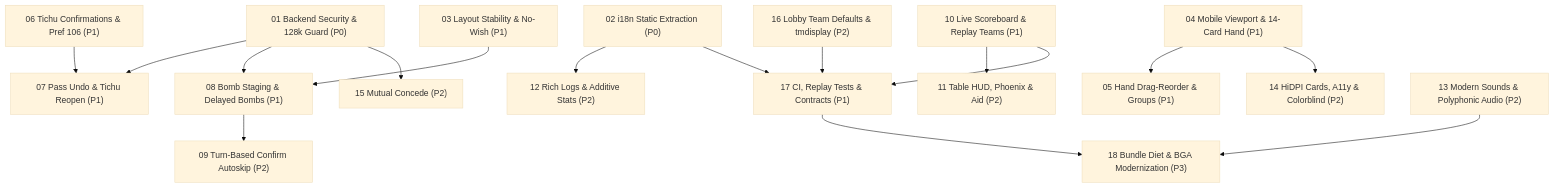
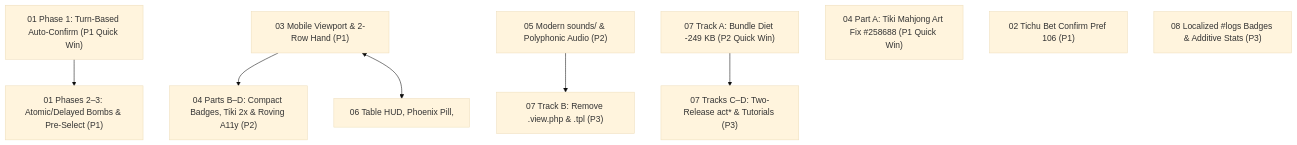
Before and after one commit to bro314/tichu: the diagram in plans/00-roadmap-index.md, drawn with Mermaid (base theme). The commit also changed other lines of this file and 59 other files, not shown here.

First line of the commit message:
feat(mobile): responsive UI overhaul, Square Table default, mobile Tichu confirm, and /mobile preview

````diff
--- a/plans/00-roadmap-index.md
+++ b/plans/00-roadmap-index.md
@@ -23,18 +34,11 @@
 ```mermaid
 flowchart TD
-  P01["01 Backend Security & 128k Guard (P0)"] --> P07["07 Pass Undo & Tichu Reopen (P1)"]
-  P01 --> P08["08 Bomb Staging & Delayed Bombs (P1)"]
-  P01 --> P15["15 Mutual Concede (P2)"]
-  P02["02 i18n Static Extraction (P0)"] --> P12["12 Rich Logs & Additive Stats (P2)"]
-  P02 --> P17["17 CI, Replay Tests & Contracts (P1)"]
-  P17 --> P18["18 Bundle Diet & BGA Modernization (P3)"]
-  P03["03 Layout Stability & No-Wish (P1)"] --> P08
-  P04["04 Mobile Viewport & 14-Card Hand (P1)"] --> P05["05 Hand Drag-Reorder & Groups (P1)"]
-  P04 --> P14["14 HiDPI Cards, A11y & Colorblind (P2)"]
-  P06["06 Tichu Confirmations & Pref 106 (P1)"] --> P07
-  P08 --> P09["09 Turn-Based Confirm Autoskip (P2)"]
-  P10["10 Live Scoreboard & Replay Teams (P1)"] --> P11["11 Table HUD, Phoenix & Aid (P2)"]
-  P10 --> P17
-  P13["13 Modern Sounds & Polyphonic Audio (P2)"] --> P18
-  P16["16 Lobby Team Defaults & tmdisplay (P2)"] --> P17
+  P01P1["01 Phase 1: Turn-Based Auto-Confirm (P1 Quick Win)"] --> P01P2["01 Phases 2–3: Atomic/Delayed Bombs & Pre-Select (P1)"]
+  P03["03 Mobile Viewport & 2-Row Hand (P1)"] --> P04BCD["04 Parts B–D: Compact Badges, Tiki 2x & Roving A11y (P2)"]
+  P03 <--> P06["06 Table HUD, Phoenix Pill, <dialog> Trick Modal & Help (P2)"]
+  P05["05 Modern sounds/ & Polyphonic Audio (P2)"] --> P07B["07 Track B: Remove .view.php & .tpl (P3)"]
+  P07A["07 Track A: Bundle Diet -249 KB (P2 Quick Win)"] --> P07CD["07 Tracks C–D: Two-Release act* & Tutorials (P3)"]
+  P04A["04 Part A: Tiki Mahjong Art Fix #258688 (P1 Quick Win)"]
+  P02["02 Tichu Bet Confirm Pref 106 (P1)"]
+  P08["08 Localized #logs Badges & Additive Stats (P3)"]
 ```
````
